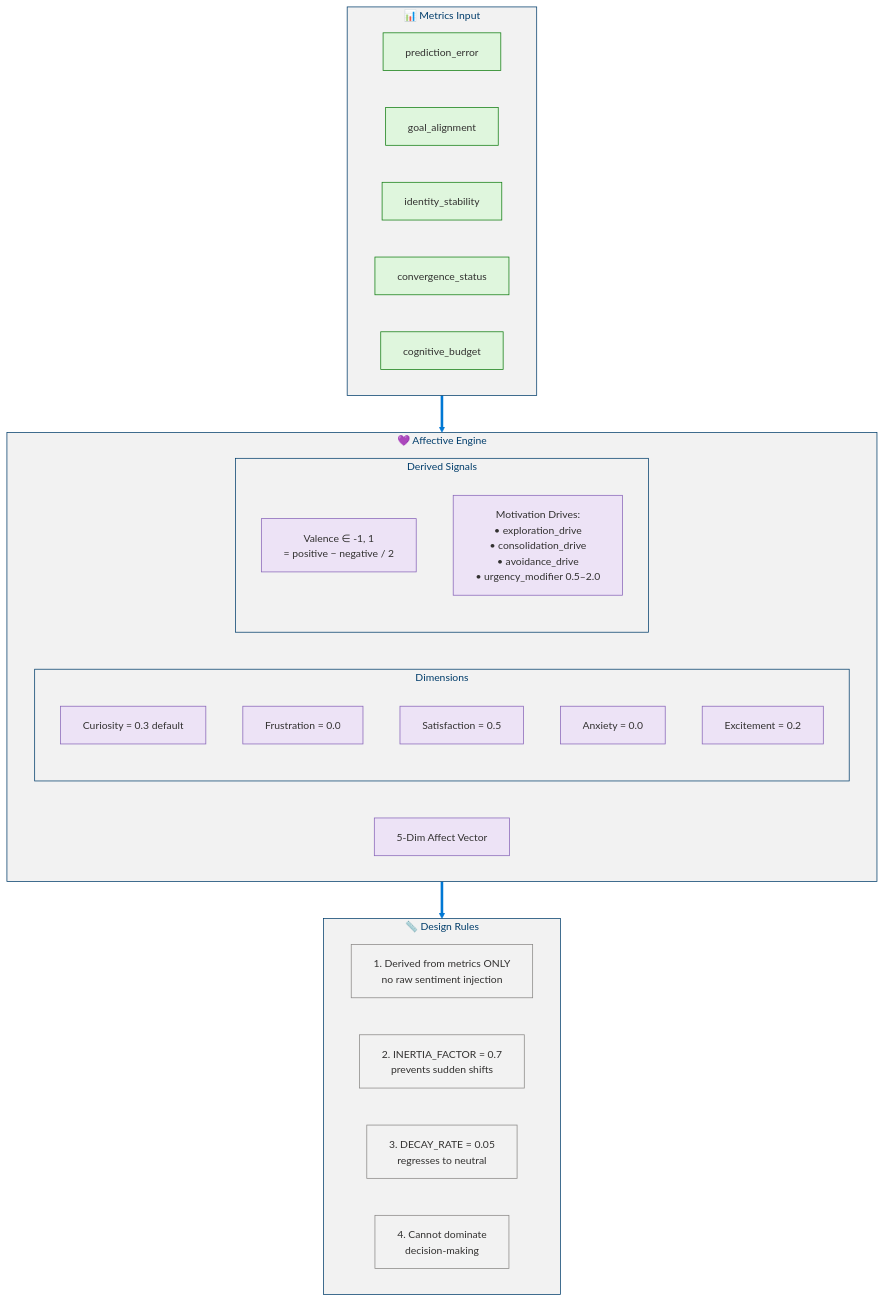
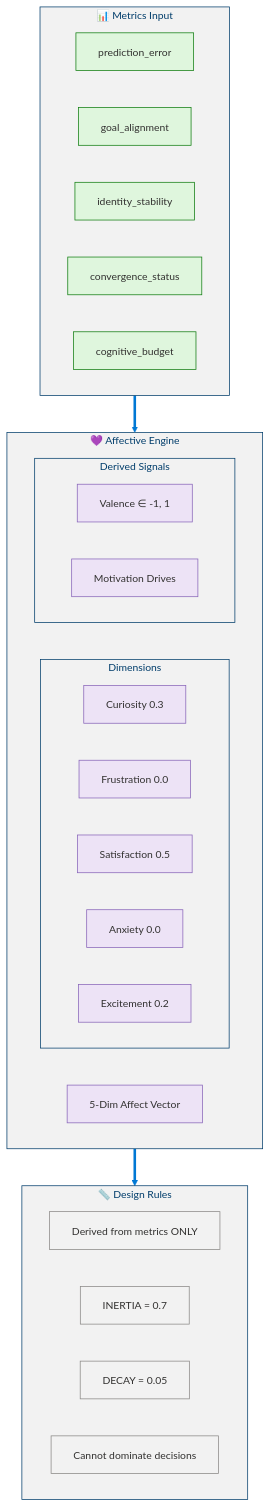
One commit to dotnetpower/mscp changed diagram 14 of 19 in docs/levels/Level_3_Self_Regulating_Agent.md. Above: the diagram before and after it, drawn with Mermaid. The commit also changed other lines of this file and 10 other files, not shown here.

````diff
--- a/docs/levels/Level_3_Self_Regulating_Agent.md
+++ b/docs/levels/Level_3_Self_Regulating_Agent.md
@@ -837,40 +862,44 @@
 ```mermaid
 %%{init: {'theme': 'base', 'themeVariables': {'primaryColor': '#0078D4', 'primaryTextColor': '#003D6B', 'primaryBorderColor': '#003D6B', 'secondaryColor': '#50E6FF', 'secondaryTextColor': '#323130', 'secondaryBorderColor': '#00BCF2', 'tertiaryColor': '#F2F2F2', 'tertiaryTextColor': '#323130', 'lineColor': '#0078D4', 'textColor': '#323130', 'mainBkg': '#DEECF9', 'nodeBorder': '#0078D4', 'clusterBkg': '#F2F2F2', 'clusterBorder': '#003D6B', 'titleColor': '#003D6B', 'edgeLabelBackground': '#FFFFFF', 'fontSize': '14px'}}}%%
 flowchart TD
   classDef input fill:#DFF6DD,stroke:#107C10,color:#323130
   classDef affect fill:#EDE3F6,stroke:#8764B8,color:#323130
   classDef neutral fill:#F2F2F2,stroke:#8A8886,color:#323130
 
   subgraph Input["📊 Metrics Input"]
+    direction LR
     M1["prediction_error"]:::input
     M2["goal_alignment"]:::input
     M3["identity_stability"]:::input
     M4["convergence_status"]:::input
     M5["cognitive_budget"]:::input
   end
 
   subgraph AE["💜 Affective Engine"]
     AF["5-Dim Affect Vector"]:::affect
     subgraph Dims["Dimensions"]
-      D1["Curiosity = 0.3 default"]:::affect
-      D2["Frustration = 0.0"]:::affect
-      D3["Satisfaction = 0.5"]:::affect
-      D4["Anxiety = 0.0"]:::affect
-      D5["Excitement = 0.2"]:::affect
+      direction LR
+      D1["Curiosity 0.3"]:::affect
+      D2["Frustration 0.0"]:::affect
+      D3["Satisfaction 0.5"]:::affect
+      D4["Anxiety 0.0"]:::affect
+      D5["Excitement 0.2"]:::affect
     end
     subgraph Derived["Derived Signals"]
-      V["Valence ∈ -1, 1<br/>= positive − negative / 2"]:::affect
-      DR["Motivation Drives:<br/>• exploration_drive<br/>• consolidation_drive<br/>• avoidance_drive<br/>• urgency_modifier 0.5–2.0"]:::affect
+      direction LR
+      V["Valence ∈ -1, 1"]:::affect
+      DR["Motivation Drives"]:::affect
     end
   end
 
   subgraph Rules["📏 Design Rules"]
-    R1["1. Derived from metrics ONLY<br/>no raw sentiment injection"]:::neutral
-    R2["2. INERTIA_FACTOR = 0.7<br/>prevents sudden shifts"]:::neutral
-    R3["3. DECAY_RATE = 0.05<br/>regresses to neutral"]:::neutral
-    R4["4. Cannot dominate<br/>decision-making"]:::neutral
+    direction LR
+    R1["Derived from metrics ONLY"]:::neutral
+    R2["INERTIA = 0.7"]:::neutral
+    R3["DECAY = 0.05"]:::neutral
+    R4["Cannot dominate decisions"]:::neutral
   end
 
   Input ==> AE
   AE ==> Rules
 ```
````
